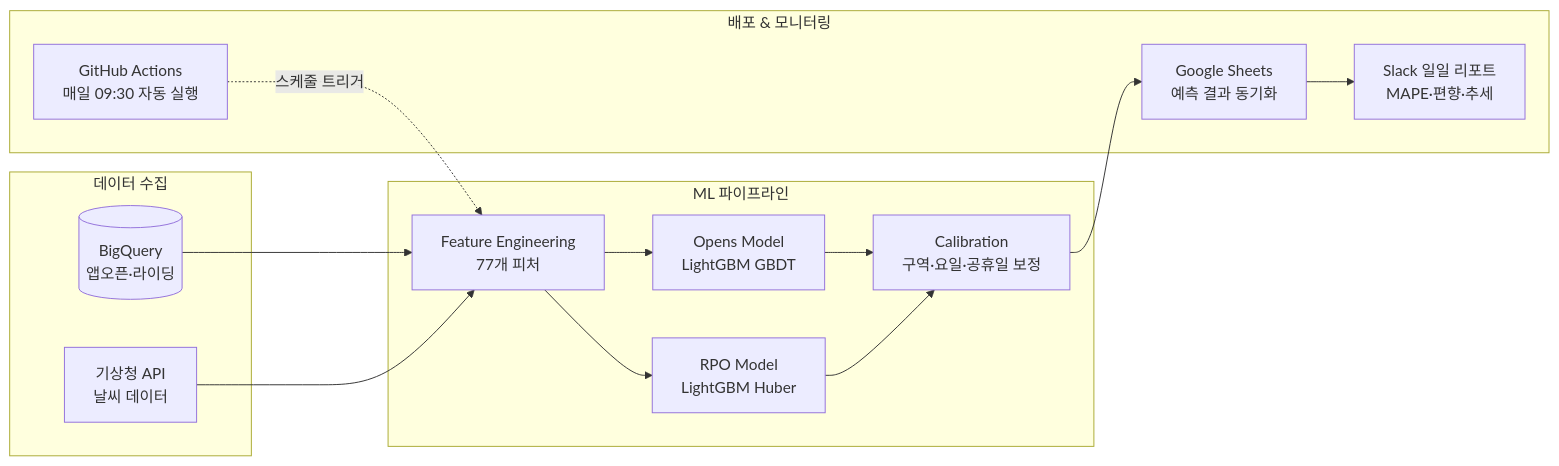
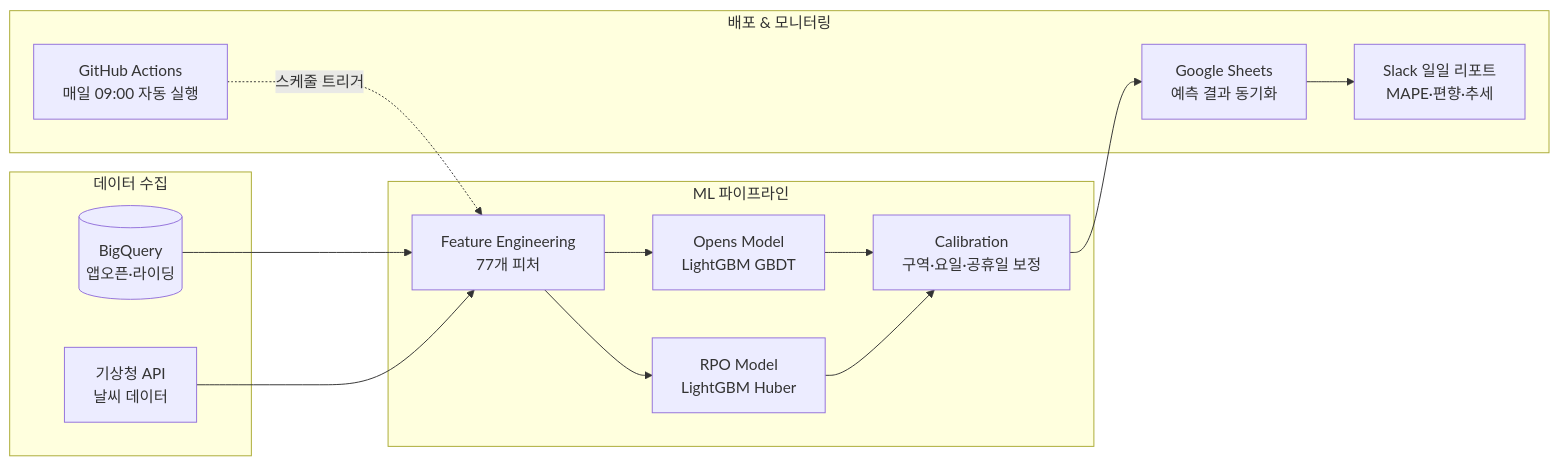
One commit to mineipark/minei.park changed the first of 2 diagrams in projects/demand-forecast/README.md. Above: the diagram before and after it, drawn with Mermaid. The commit also changed 3 other files, not shown here.

````diff
--- a/projects/demand-forecast/README.md
+++ b/projects/demand-forecast/README.md
@@ -54,28 +54,28 @@
 ```mermaid
 flowchart LR
     subgraph 데이터 수집
         BQ[(BigQuery<br>앱오픈·라이딩)]
         W[기상청 API<br>날씨 데이터]
     end
 
     subgraph ML 파이프라인
         FE[Feature Engineering<br>77개 피처]
         M1[Opens Model<br>LightGBM GBDT]
         M2[RPO Model<br>LightGBM Huber]
         CAL[Calibration<br>구역·요일·공휴일 보정]
     end
 
     subgraph 배포 & 모니터링
         GS[Google Sheets<br>예측 결과 동기화]
         SL[Slack 일일 리포트<br>MAPE·편향·추세]
-        GA[GitHub Actions<br>매일 09:30 자동 실행]
+        GA[GitHub Actions<br>매일 09:00 자동 실행]
     end
 
     BQ --> FE
     W --> FE
     FE --> M1 & M2
     M1 & M2 --> CAL
     CAL --> GS
     GS --> SL
     GA -.->|스케줄 트리거| FE
 ```
````
